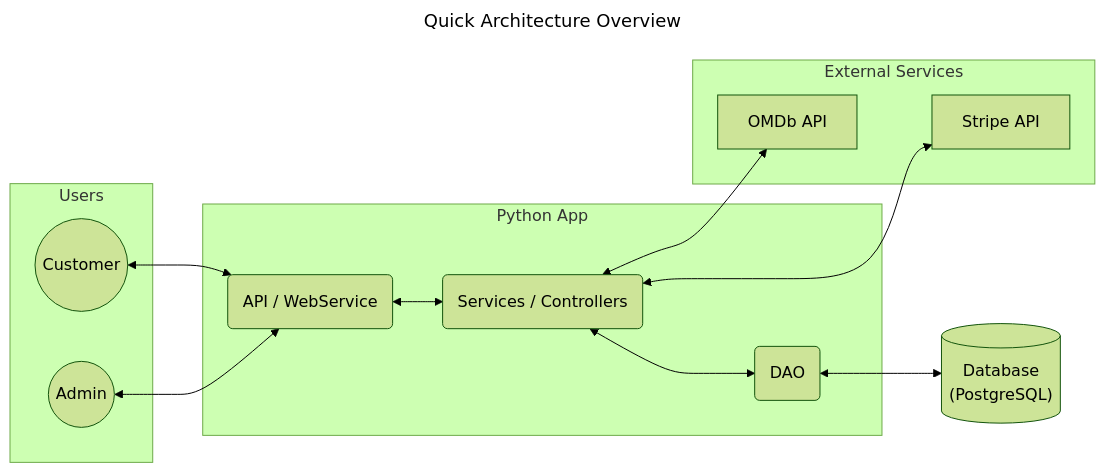
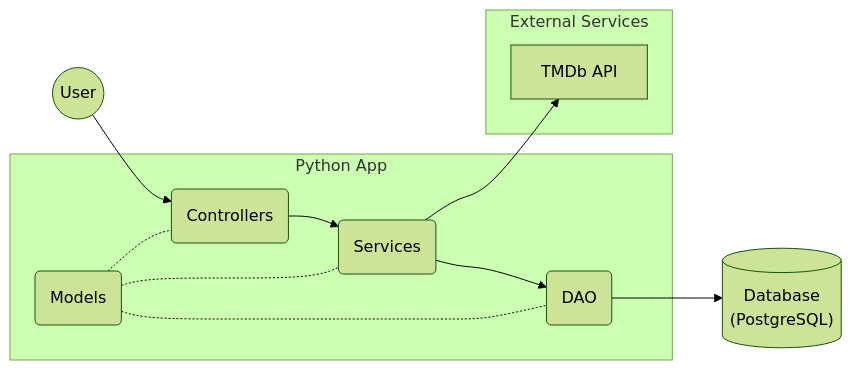
Before and after one commit to mdeniard/ensai-it-project-2a-team-4: the diagram in doc/architecture_diagram.md, drawn with Mermaid (forest theme). The commit also changed other lines of this file, not shown here.

Commit message:
Updated architecture diagram

````diff
--- a/doc/architecture_diagram.md
+++ b/doc/architecture_diagram.md
@@ -3,29 +3,30 @@
-```mermaid
+``` mermaid
 ---
-title: Quick Architecture Overview
+title:
 ---
 graph LR
-    subgraph Users ["Users"]
-        CUST((Customer))
-        ADMIN((Admin))
-    end
+    User((User))
 
     subgraph App ["Python App"]
-        API("API / WebService")
-        SVC("Services / Controllers")
+        CTL("Controllers")
+        SVC("Services")
         DAO("DAO")
-        API <--> SVC <--> DAO
+        MDL("Models")
     end
 
     DB[("Database<br/>(PostgreSQL)")]
 
     subgraph External ["External Services"]
-        MDBAPI["OMDb API"] ~~~ STPAPI["Stripe API"]
+        MDBAPI["TMDb API"]
     end
+    
+    SVC --> MDBAPI
+    User --> CTL
+    CTL --> SVC
+    SVC --> DAO
+    DAO --> DB
 
-    CUST <--> API
-    ADMIN <--> API
-    DAO <--> DB
-    SVC <--> STPAPI
-    SVC <--> MDBAPI
+    MDL <-.- CTL
+    MDL <-.- SVC
+    MDL <-.- DAO
 ```
````
